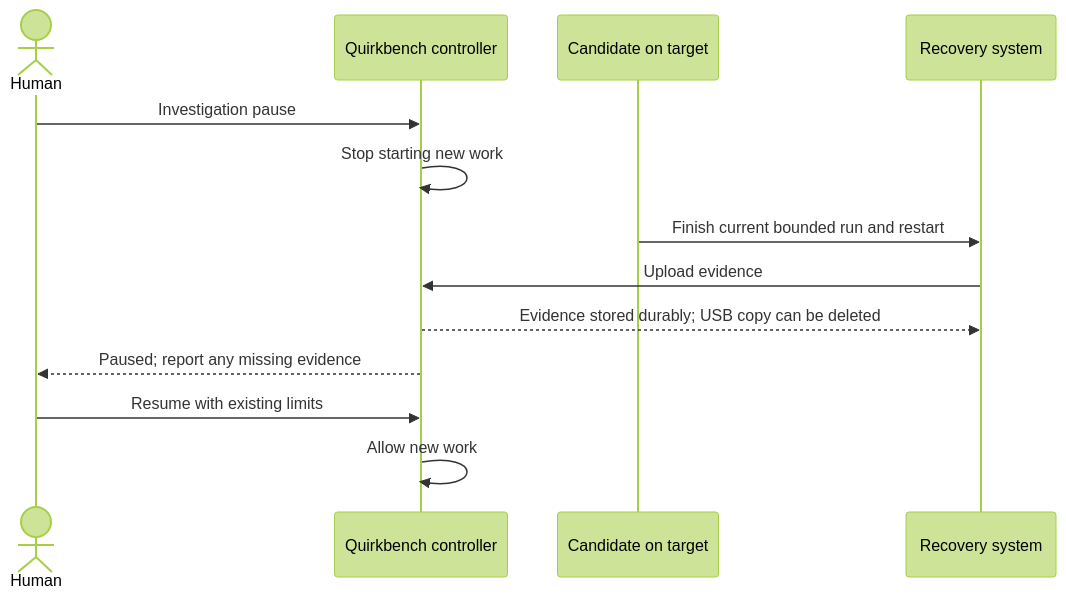
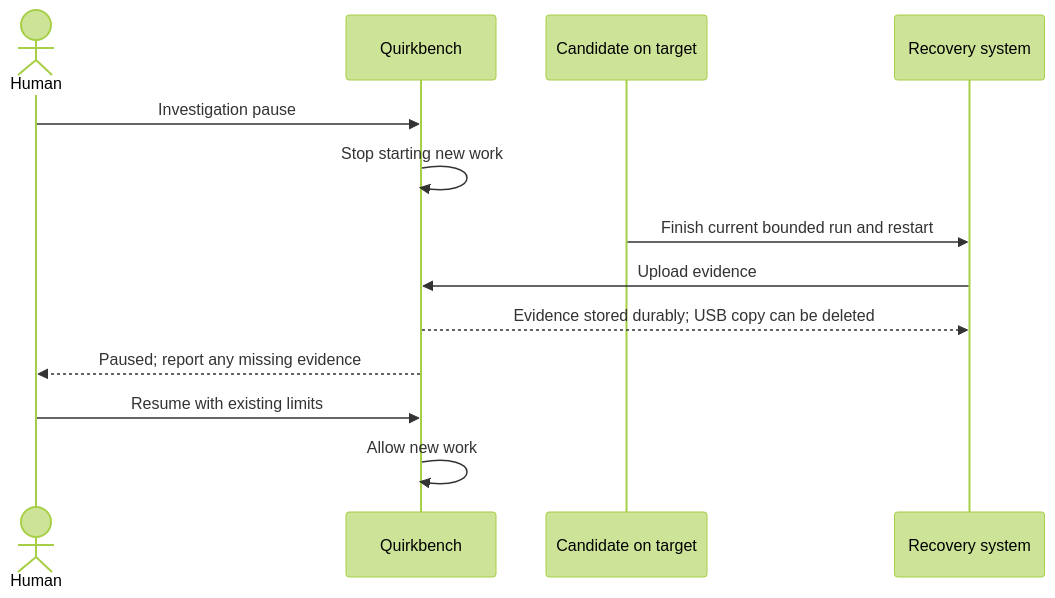
Before and after one commit to esper256/quirkbench: the third of 3 diagrams in docs/designs/component-sequence.md, drawn with Mermaid (forest theme). The commit also changed other lines of this file, not shown here.

Commit message:
Some minor fixes to the sequence diagram

````diff
--- a/docs/designs/component-sequence.md
+++ b/docs/designs/component-sequence.md
@@ -119,15 +111,15 @@
 ```mermaid
 sequenceDiagram
     actor Human
-    participant Controller as Quirkbench controller
+    participant Quirkbench
     participant Candidate as Candidate on target
     participant Recovery as Recovery system
-    Human->>Controller: Investigation pause
-    Controller->>Controller: Stop starting new work
+    Human->>Quirkbench: Investigation pause
+    Quirkbench->>Quirkbench: Stop starting new work
     Candidate->>Recovery: Finish current bounded run and restart
-    Recovery->>Controller: Upload evidence
-    Controller-->>Recovery: Evidence stored durably#59; USB copy can be deleted
-    Controller-->>Human: Paused#59; report any missing evidence
-    Human->>Controller: Resume with existing limits
-    Controller->>Controller: Allow new work
+    Recovery->>Quirkbench: Upload evidence
+    Quirkbench-->>Recovery: Evidence stored durably#59; USB copy can be deleted
+    Quirkbench-->>Human: Paused#59; report any missing evidence
+    Human->>Quirkbench: Resume with existing limits
+    Quirkbench->>Quirkbench: Allow new work
 ```
````
